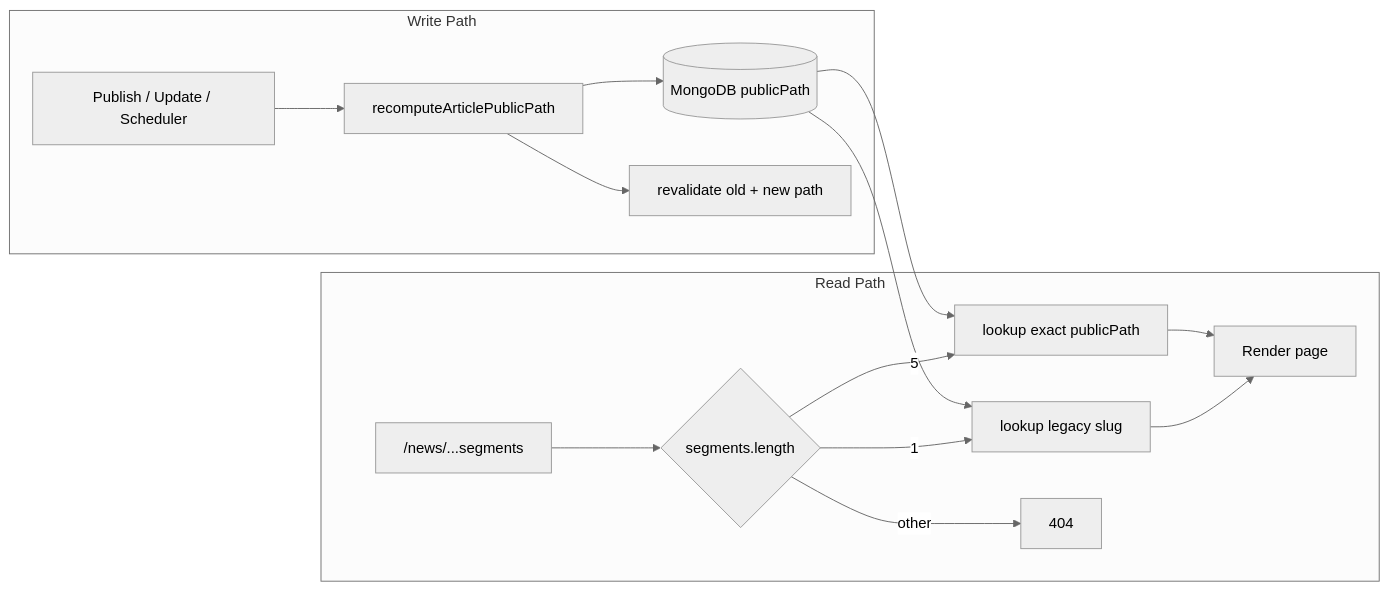
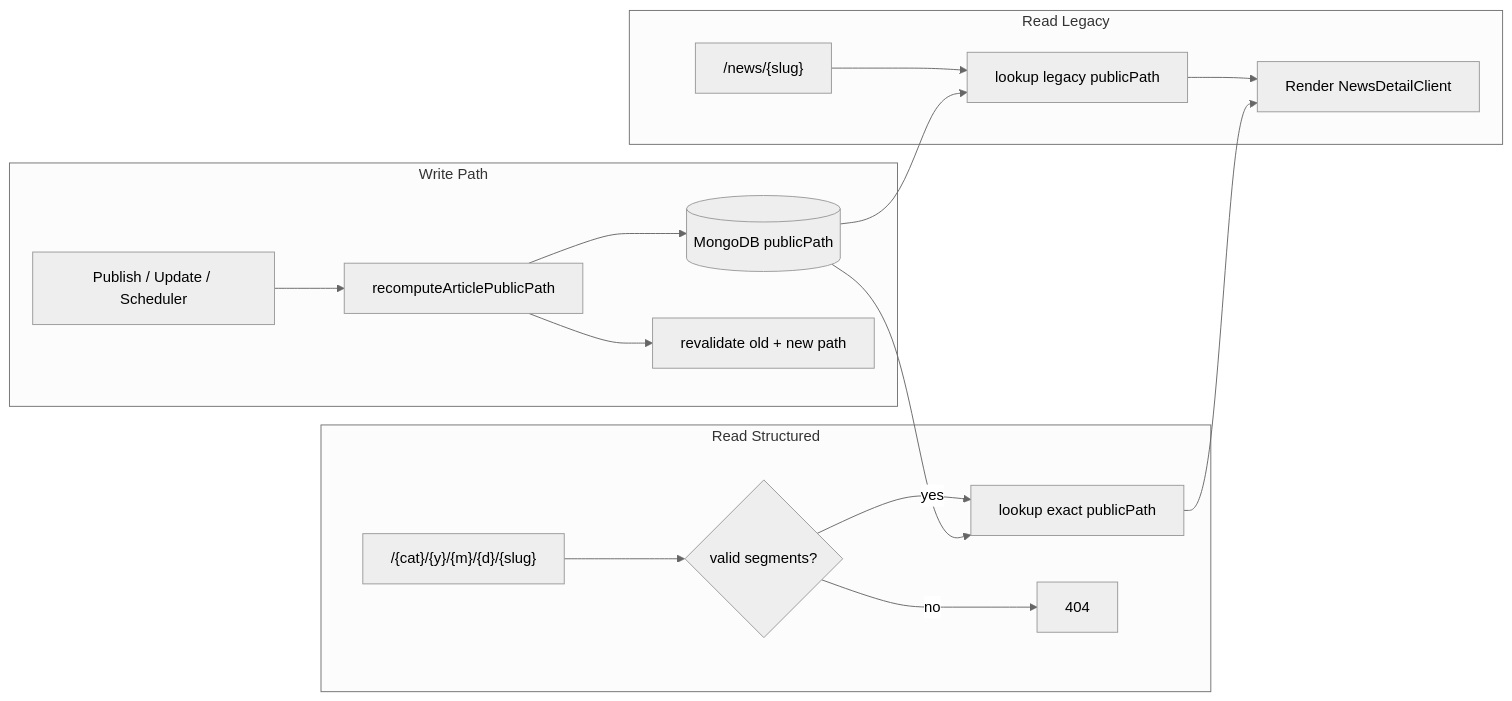
One commit to padli-webekspres/arasvara-staging changed the diagram in memory/analysis/plan-refactor-link.md. Above: the diagram before and after it, drawn with Mermaid (neutral theme). The commit also changed other lines of this file and 54 other files, not shown here.

````diff
--- a/memory/analysis/plan-refactor-link.md
+++ b/memory/analysis/plan-refactor-link.md
@@ -425,18 +428,20 @@
 ```mermaid
 flowchart LR
   subgraph write [Write Path]
     A[Publish / Update / Scheduler] --> B[recomputeArticlePublicPath]
     B --> C[(MongoDB publicPath)]
     B --> D[revalidate old + new path]
   end
-  subgraph read [Read Path]
-    E["/news/...segments"] --> F{segments.length}
-    F -->|1| G[lookup legacy slug]
-    F -->|5| H[lookup exact publicPath]
-    F -->|other| I[404]
-    G --> J[Render page]
-    H --> J
+  subgraph readLegacy [Read Legacy]
+    E["/news/{slug}"] --> F[lookup legacy publicPath]
+    F --> J[Render NewsDetailClient]
   end
-  C --> H
-  C --> G
+  subgraph readStructured [Read Structured]
+    G["/{cat}/{y}/{m}/{d}/{slug}"] --> H{valid segments?}
+    H -->|yes| I[lookup exact publicPath]
+    H -->|no| K[404]
+    I --> J
+  end
+  C --> F
+  C --> I
 ```
````
